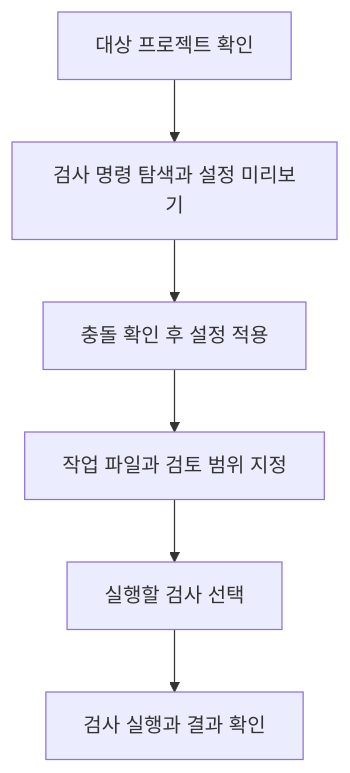
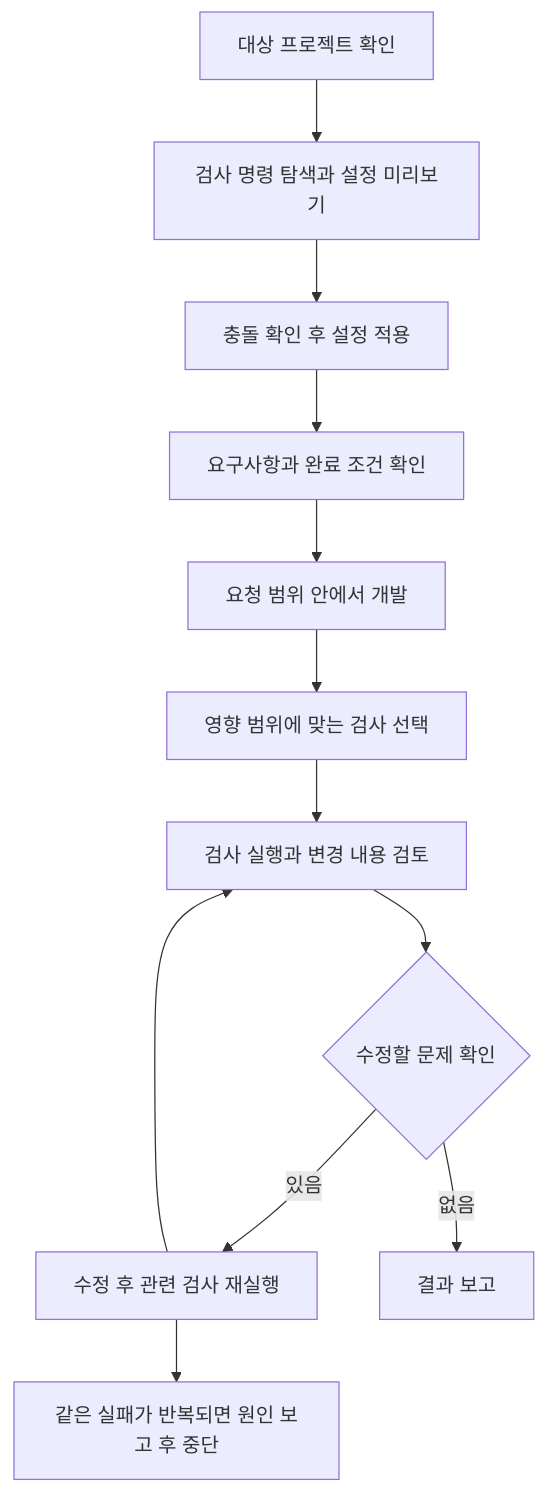
The diagram in projects/ai-development-setup/codex-quality.md (KimHG1995/work-history), drawn with Mermaid before and after one commit. The commit also changed other lines of this file and 3 other files, not shown here.

````diff
--- a/projects/ai-development-setup/codex-quality.md
+++ b/projects/ai-development-setup/codex-quality.md
@@ -56,8 +71,14 @@
 ```mermaid
 flowchart TD
     target["대상 프로젝트 확인"] --> detect["검사 명령 탐색과 설정 미리보기"]
     detect --> apply["충돌 확인 후 설정 적용"]
-    apply --> task["작업 파일과 검토 범위 지정"]
-    task --> plan["실행할 검사 선택"]
-    plan --> run["검사 실행과 결과 확인"]
+    apply --> task["요구사항과 완료 조건 확인"]
+    task --> implement["요청 범위 안에서 개발"]
+    implement --> plan["영향 범위에 맞는 검사 선택"]
+    plan --> run["검사 실행과 변경 내용 검토"]
+    run --> decision{"수정할 문제 확인"}
+    decision -->|있음| fix["수정 후 관련 검사 재실행"]
+    fix --> run
+    decision -->|없음| report["결과 보고"]
+    fix --> blocked["같은 실패가 반복되면 원인 보고 후 중단"]
 ```
````
